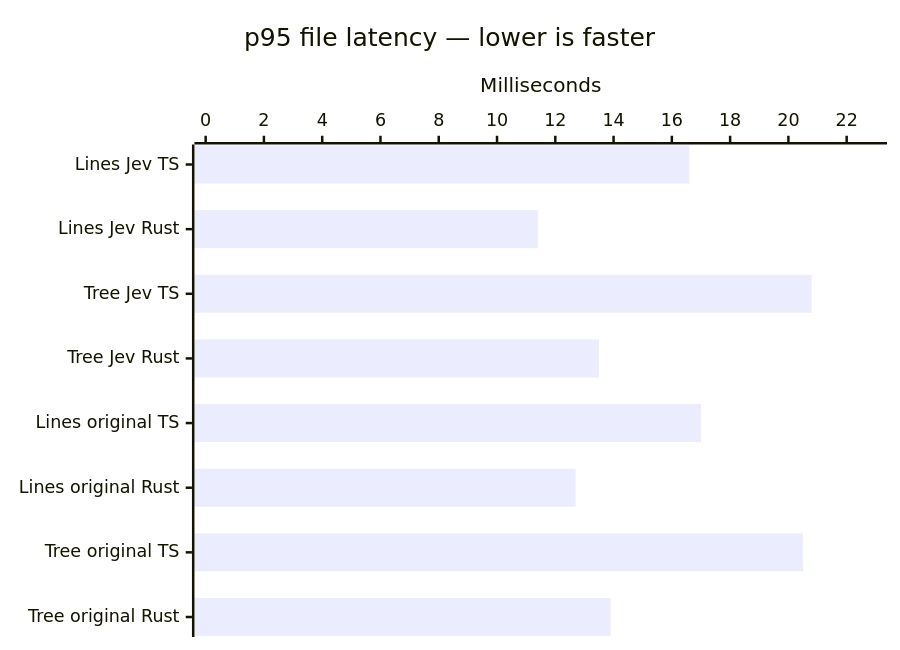
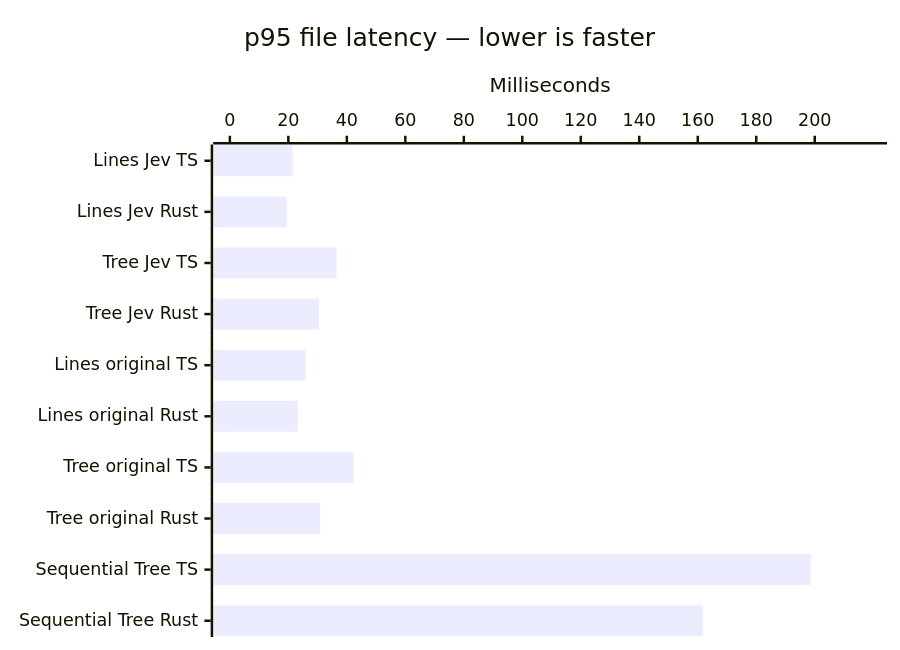
Before and after one commit to kossnocorp/spacer: the ninth of 17 diagrams in docs/benchmark.md, drawn with Mermaid. The commit also changed other lines of this file and 33 other files, not shown here.

````diff
--- a/docs/benchmark.md
+++ b/docs/benchmark.md
@@ -101,7 +141,7 @@
 ```mermaid
 xychart-beta horizontal
   title "p95 file latency — lower is faster"
-  x-axis ["Lines Jev TS", "Lines Jev Rust", "Tree Jev TS", "Tree Jev Rust", "Lines original TS", "Lines original Rust", "Tree original TS", "Tree original Rust"]
-  y-axis "Milliseconds" 0 --> 23
-  bar [16.6, 11.4, 20.8, 13.5, 17, 12.7, 20.5, 13.9]
+  x-axis ["Lines Jev TS", "Lines Jev Rust", "Tree Jev TS", "Tree Jev Rust", "Lines original TS", "Lines original Rust", "Tree original TS", "Tree original Rust", "Sequential Tree TS", "Sequential Tree Rust"]
+  y-axis "Milliseconds" 0 --> 219
+  bar [21.5, 19.5, 36.5, 30.5, 25.9, 23.3, 42.3, 30.9, 198.7, 161.7]
 ```
````
